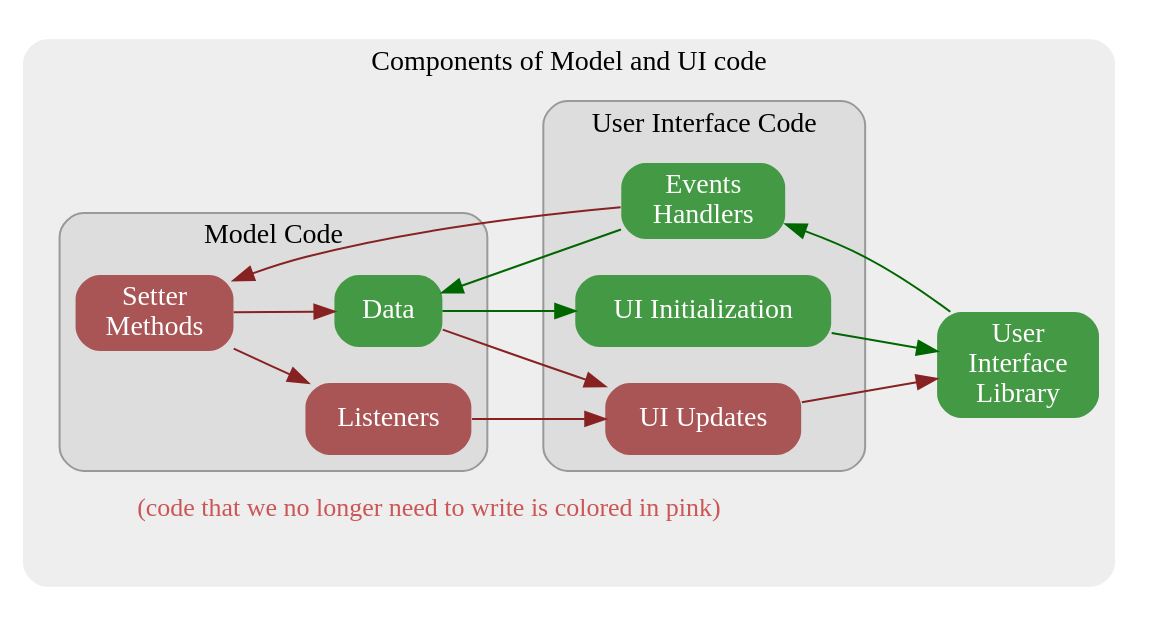
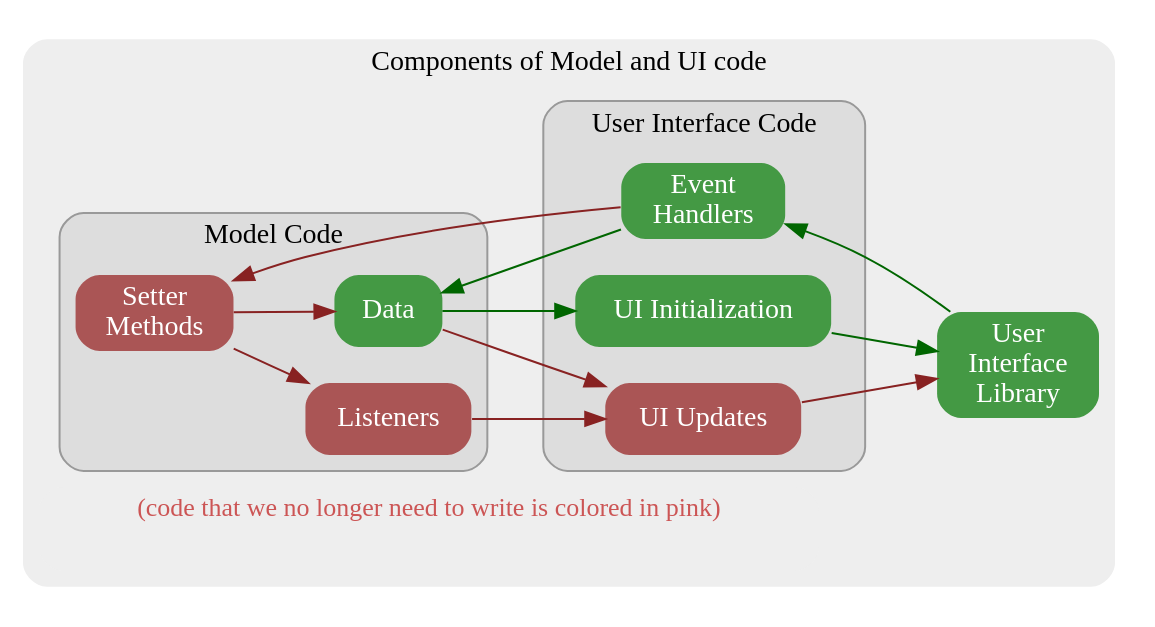
The diagram in site/images/ui-code.dot (yairchu/yairchu.github.io), drawn with Graphviz before and after one commit. The commit also changed 2 other files, not shown here.

```diff
--- a/site/images/ui-code.dot
+++ b/site/images/ui-code.dot
@@ -1,59 +1,59 @@
 digraph {
     bgcolor=invis
     rankdir=LR
     graph [color=invis style=rounded]
     node [shape=rect style="rounded,filled" fontcolor="white" color=invis]
     subgraph cluster_all
     {
         label="Components of Model and UI code"
         bgcolor="#eeeeee"
 
         subgraph cluster_model
         {
             bgcolor="#dddddd"
             color="#999999"
             label="Model Code"
             Data [fillcolor="#449944"]
             node [fillcolor="#aa5555"]
             Listeners
             Setters [label="Setter\nMethods"]
         }
         subgraph cluster_ui_code
         {
             bgcolor="#dddddd"
             color="#999999"
             label="User Interface Code"
             Updates [fillcolor="#aa5555" label="UI Updates"]
             node [fillcolor="#449944"]
             Initialization [label="UI Initialization"]
-            Events [label="Events\nHandlers"]
+            Events [label="Event\nHandlers"]
         }
         
         subgraph cluster_caption
         {
             label="(code that we no longer need to write is colored in pink)"
             fontcolor="#cc5555"
             fontsize=13
             node [shape=point]
             edge [style=invis]
             cap0 -> cap1 -> cap2
         }
 
         UI [fillcolor="#449944" label="User\nInterface\nLibrary"]
 
         edge [color="#006600"]
         Data -> Initialization
         Events -> Data
         Initialization -> UI
         UI -> Events
 
         edge [color="#882222"]
         Data -> Updates
         Listeners -> Updates
         Events -> Setters
         Setters -> Data, Listeners
         Updates -> UI
 
         cap2 -> UI [style=invis]
     }
 }
```
